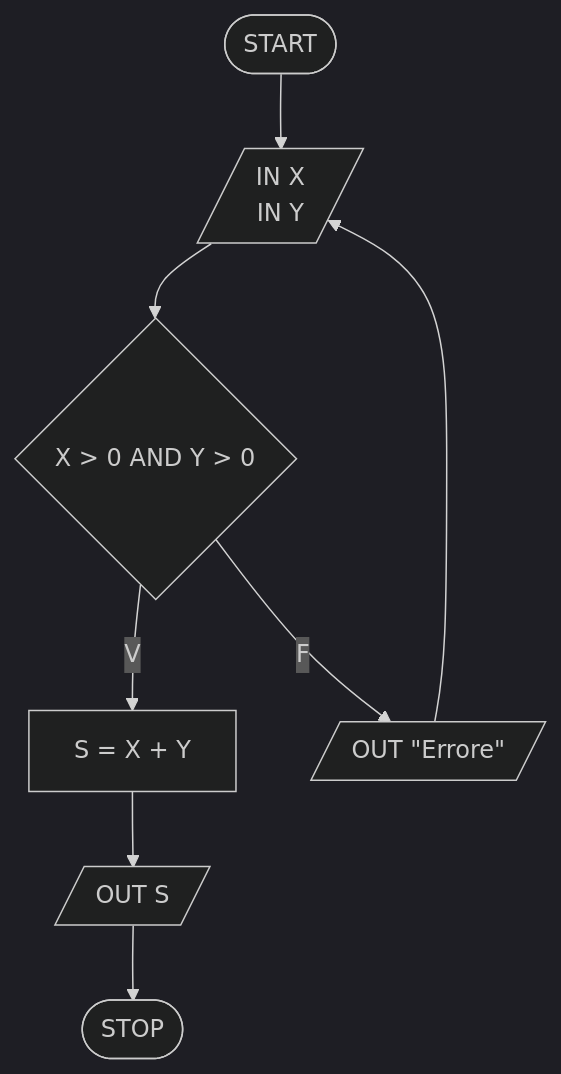
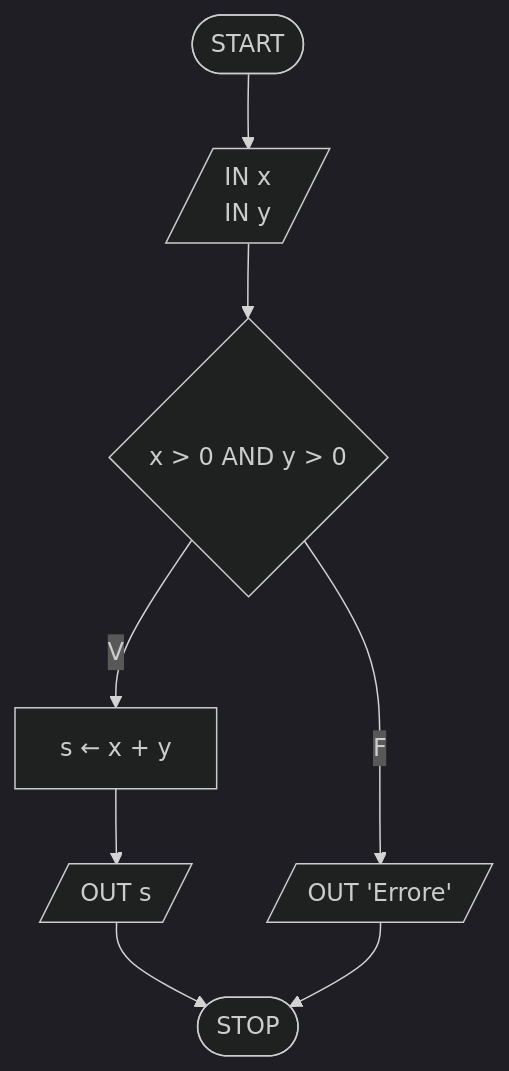
One commit to pg-laboratorio/flowcharts_laboratorio_esercizi changed the eighth of 28 diagrams in flowcharts_soluzioni.md. Above: the diagram before and after it, drawn with Mermaid (dark theme). The commit also changed other lines of this file, not shown here.

````diff
--- a/flowcharts_soluzioni.md
+++ b/flowcharts_soluzioni.md
@@ -151,11 +161,10 @@
 ```mermaid
 graph TD
-    START([START]) --> INPUT[/IN X<br>IN Y/]
-    INPUT --> COND{"X > 0 AND Y > 0"}
-    COND -- V --> PROCESS[S = X + Y]
-    COND -- F --> ERR[/OUT "Errore"/]
-    PROCESS --> OUT_S[/OUT S/]
-    ERR --> INPUT
-    OUT_S --> STOP([STOP])
-
+    START([START]) --> INPUT[/"IN x<br>IN y"/]
+    INPUT --> COND{"x > 0 AND y > 0"}
+    COND -- V --> PROC["s ← x + y"]
+    PROC --> OS[/"OUT s"/]
+    COND -- F --> ERR[/"OUT 'Errore'"/]
+    OS --> STOP([STOP])
+    ERR --> STOP
 ```
````
